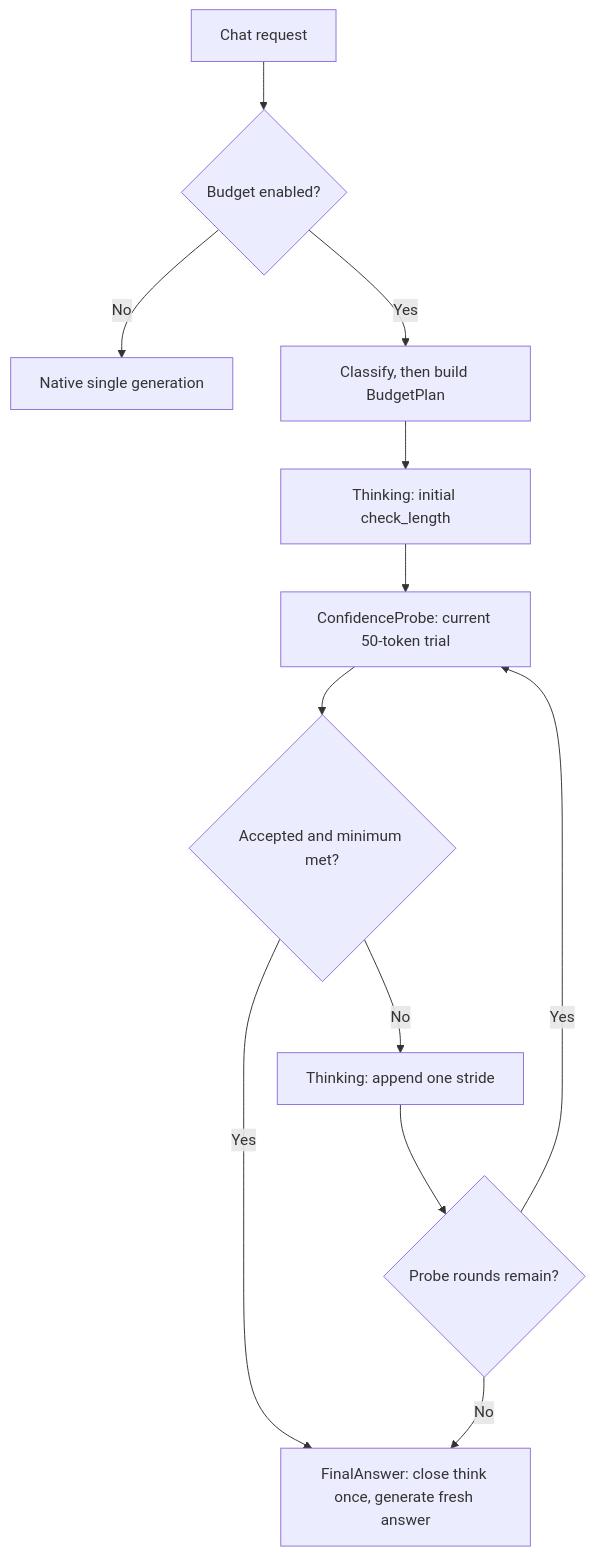
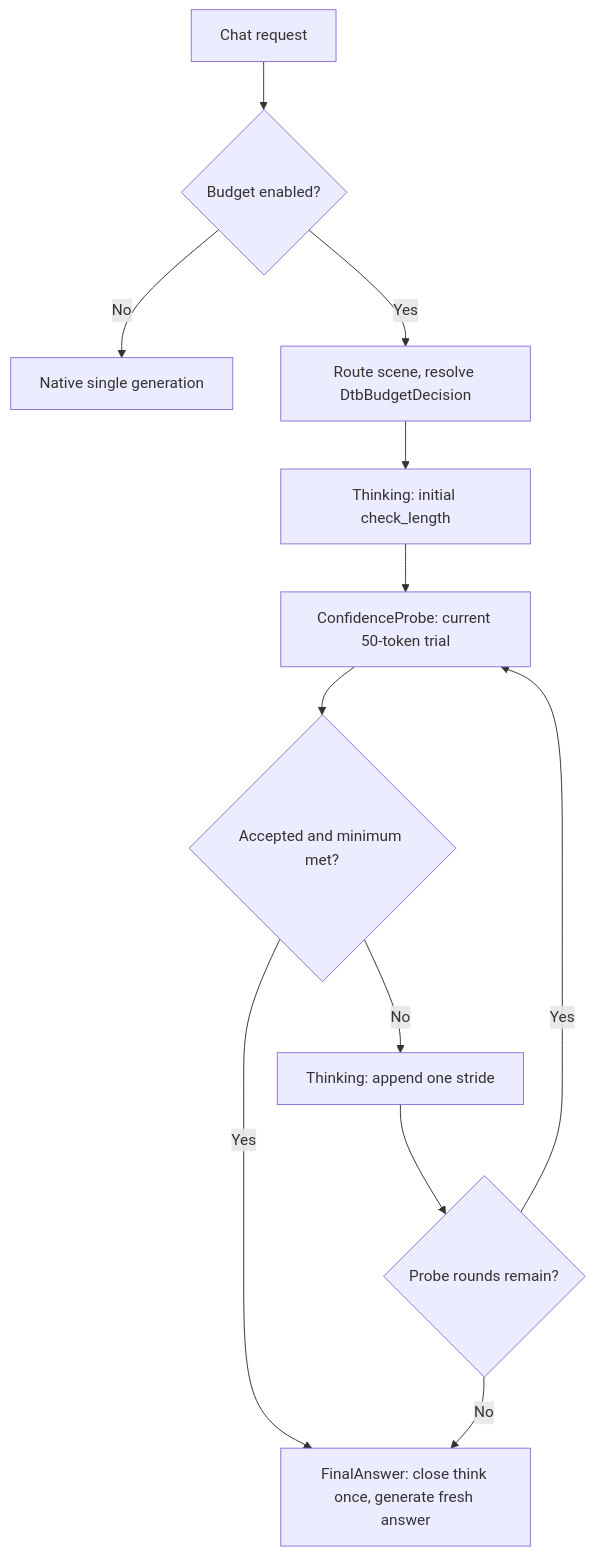
The diagram in docs/debug/deer_performance_analysis.md (F00L42/TB), drawn with Mermaid before and after one commit. The commit also changed other lines of this file and 11 other files, not shown here.

````diff
--- a/docs/debug/deer_performance_analysis.md
+++ b/docs/debug/deer_performance_analysis.md
@@ -358,14 +323,14 @@
 ```mermaid
 flowchart TD
     A["Chat request"] --> B{"Budget enabled?"}
     B -- No --> C["Native single generation"]
-    B -- Yes --> D["Classify, then build BudgetPlan"]
+    B -- Yes --> D["Route scene, resolve DtbBudgetDecision"]
     D --> E["Thinking: initial check_length"]
     E --> F["ConfidenceProbe: current 50-token trial"]
     F --> G{"Accepted and minimum met?"}
     G -- Yes --> H["FinalAnswer: close think once, generate fresh answer"]
     G -- No --> I["Thinking: append one stride"]
     I --> J{"Probe rounds remain?"}
     J -- Yes --> F
     J -- No --> H
 ```
````
